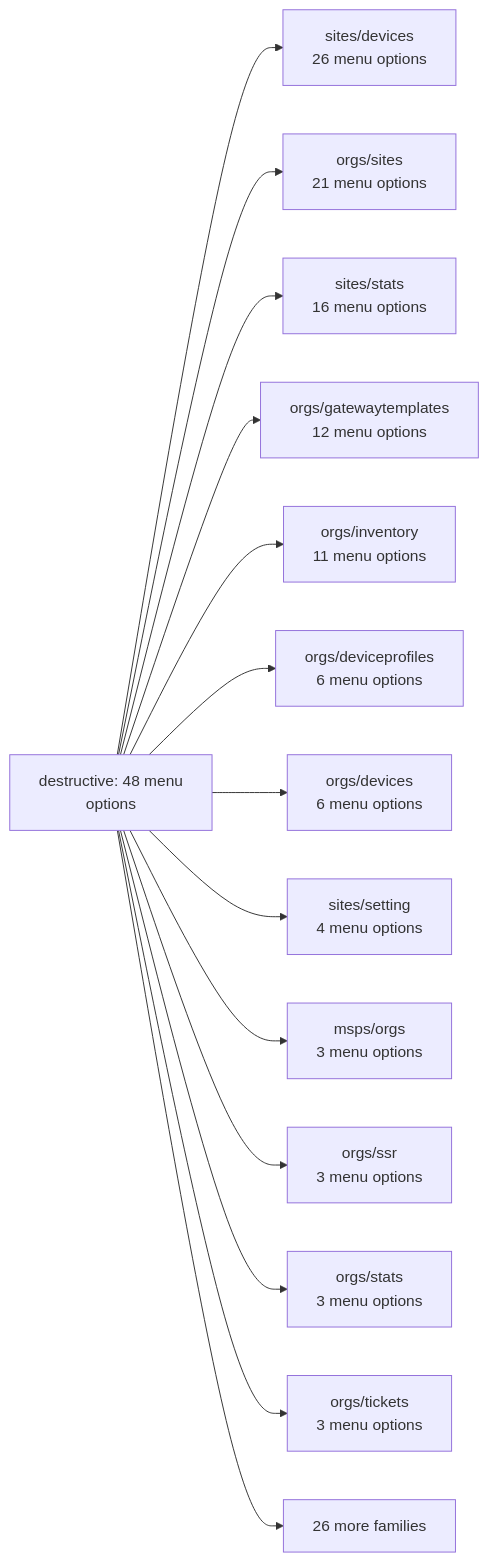
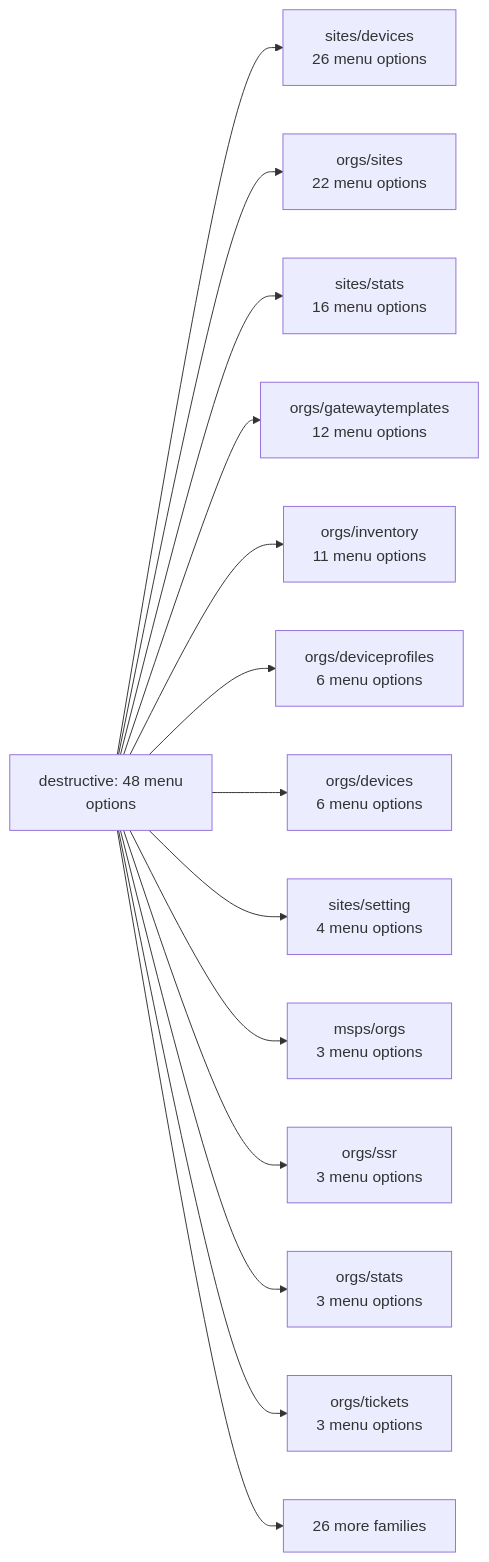
One commit to jmorrison-juniper/MistHelper changed the first of 31 diagrams in documentation/menu-api/destructive.md. Above: the diagram before and after it, drawn with Mermaid. The commit also changed other lines of this file and 7 other files, not shown here.

````diff
--- a/documentation/menu-api/destructive.md
+++ b/documentation/menu-api/destructive.md
@@ -19,17 +19,17 @@
 ```mermaid
 flowchart LR
     root["destructive: 48 menu<br/>options"]
     root --> f_sites_devices["sites/devices<br/>26 menu options"]
-    root --> f_orgs_sites["orgs/sites<br/>21 menu options"]
+    root --> f_orgs_sites["orgs/sites<br/>22 menu options"]
     root --> f_sites_stats["sites/stats<br/>16 menu options"]
     root --> f_orgs_gatewaytemplates["orgs/gatewaytemplates<br/>12 menu options"]
     root --> f_orgs_inventory["orgs/inventory<br/>11 menu options"]
     root --> f_orgs_deviceprofiles["orgs/deviceprofiles<br/>6 menu options"]
     root --> f_orgs_devices["orgs/devices<br/>6 menu options"]
     root --> f_sites_setting["sites/setting<br/>4 menu options"]
     root --> f_msps_orgs["msps/orgs<br/>3 menu options"]
     root --> f_orgs_ssr["orgs/ssr<br/>3 menu options"]
     root --> f_orgs_stats["orgs/stats<br/>3 menu options"]
     root --> f_orgs_tickets["orgs/tickets<br/>3 menu options"]
     root --> more["26 more families"]
 ```
````
